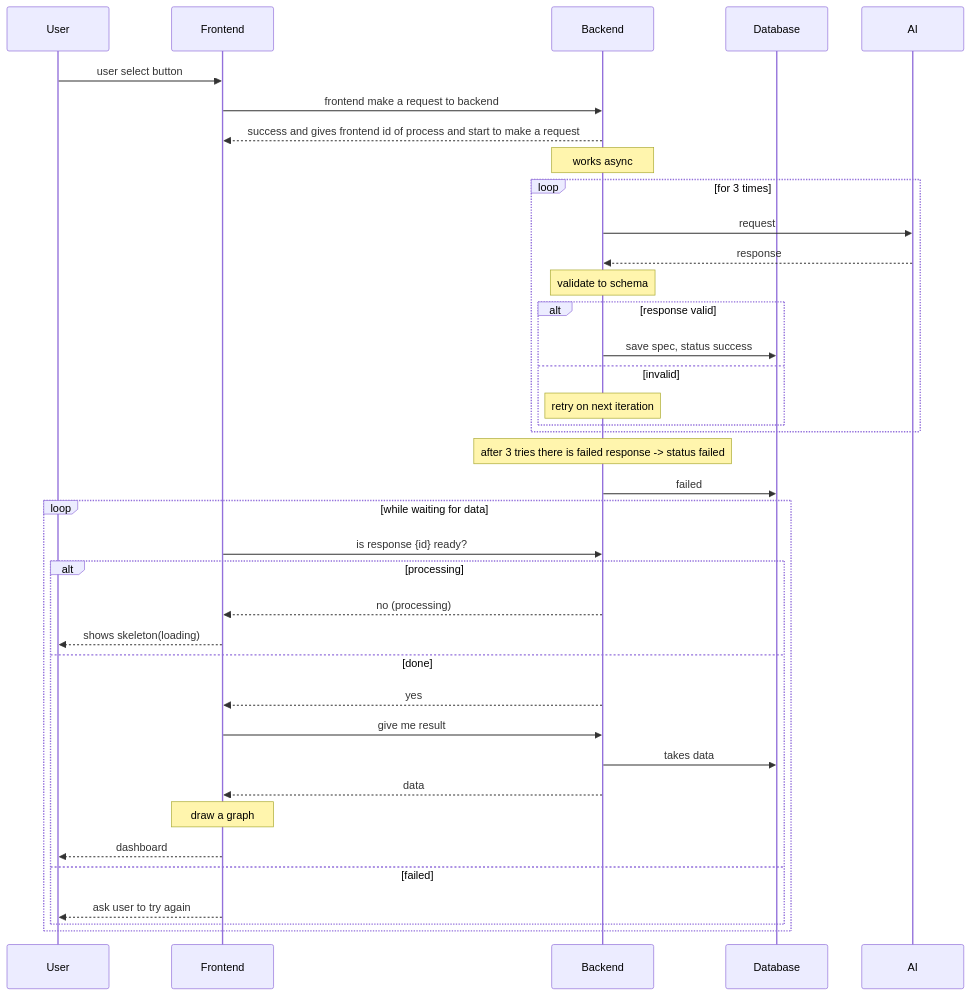
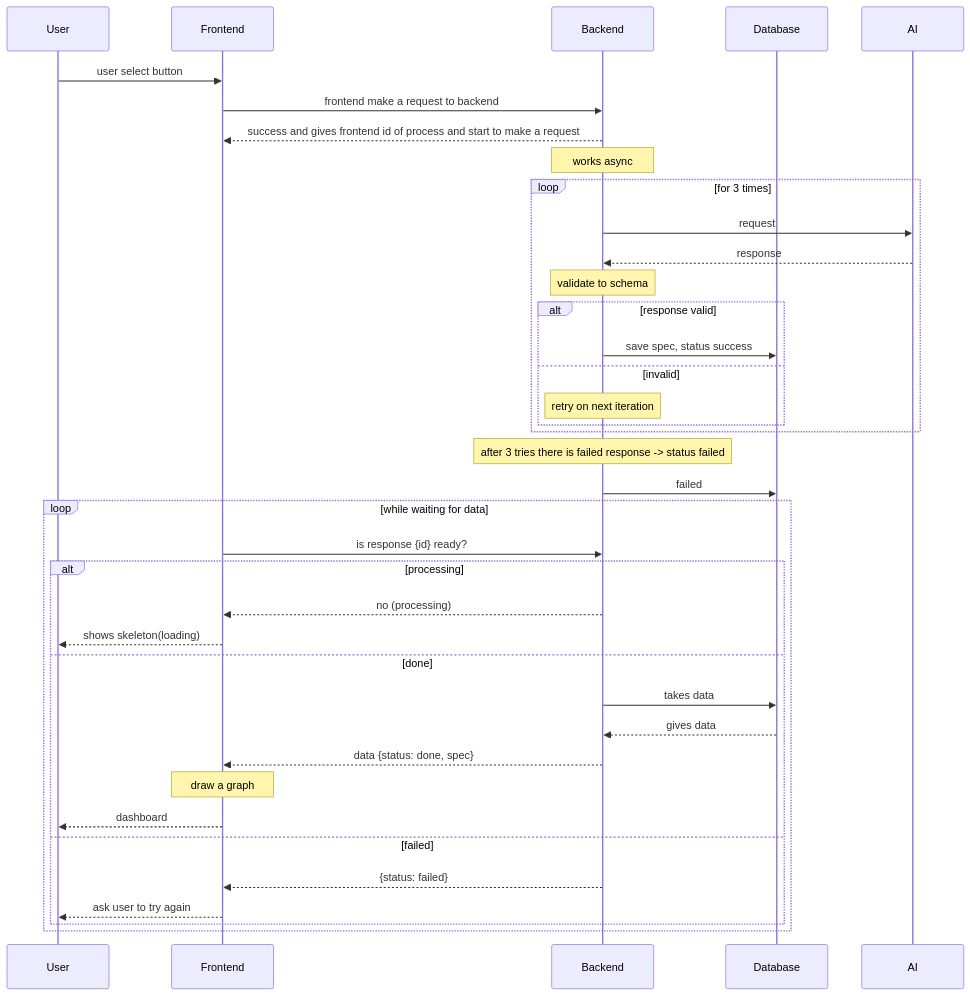
The diagram in docs/flow.md (MeDi0n/Insightboard), drawn with Mermaid before and after one commit.

Commit message:
update sequence diagram

````diff
--- a/docs/flow.md
+++ b/docs/flow.md
@@ -1,45 +1,45 @@
 ```mermaid
 sequenceDiagram
 participant U as User
 participant F as Frontend
 participant B as Backend
 participant DB as Database
 participant AI as AI
 
 
 U ->> F: user select button
 F ->> B: frontend make a request to backend
 B -->> F: success and gives frontend id of process and start to make a request
 
 Note over B: works async
 loop for 3 times
     B->> AI: request
     AI -->> B: response
     Note over B: validate to schema
     alt response valid
         B ->> DB: save spec, status success
     else invalid
         Note over B: retry on next iteration
     end
 end
 Note over B: after 3 tries there is failed response -> status failed
 B ->> DB: failed
 
 
 loop while waiting for data
     F ->> B: is response {id} ready?
     alt processing
         B -->> F: no (processing)
         F -->> U: shows skeleton(loading)
     else done
-        B -->> F: yes
-        F ->> B: give me result
         B ->> DB: takes data
-        B -->> F: data
+        DB -->> B: gives data
+        B -->> F: data {status: done, spec}
         Note over F: draw a graph
         F -->> U: dashboard
     else failed
+        B -->> F: {status: failed}
         F -->> U: ask user to try again
     end
 end
 ```
````
